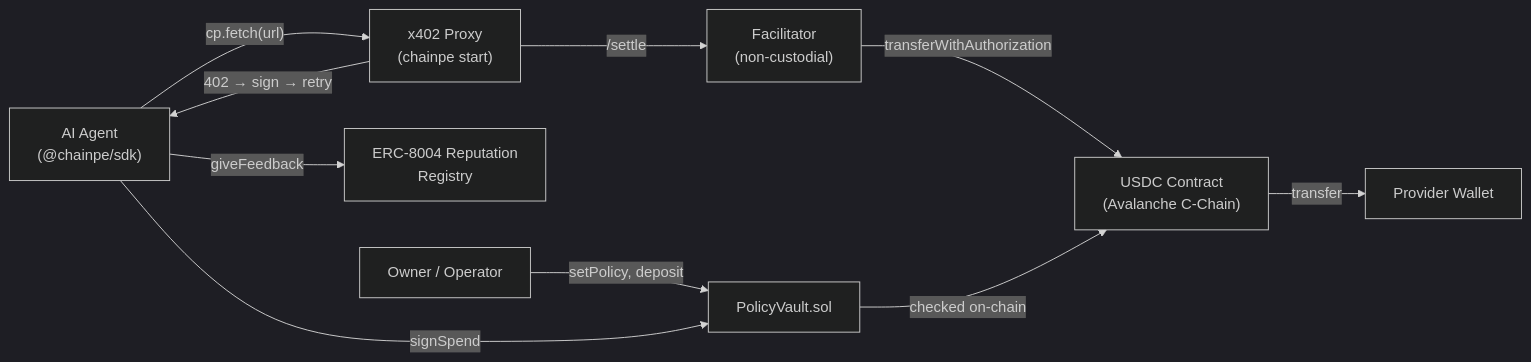
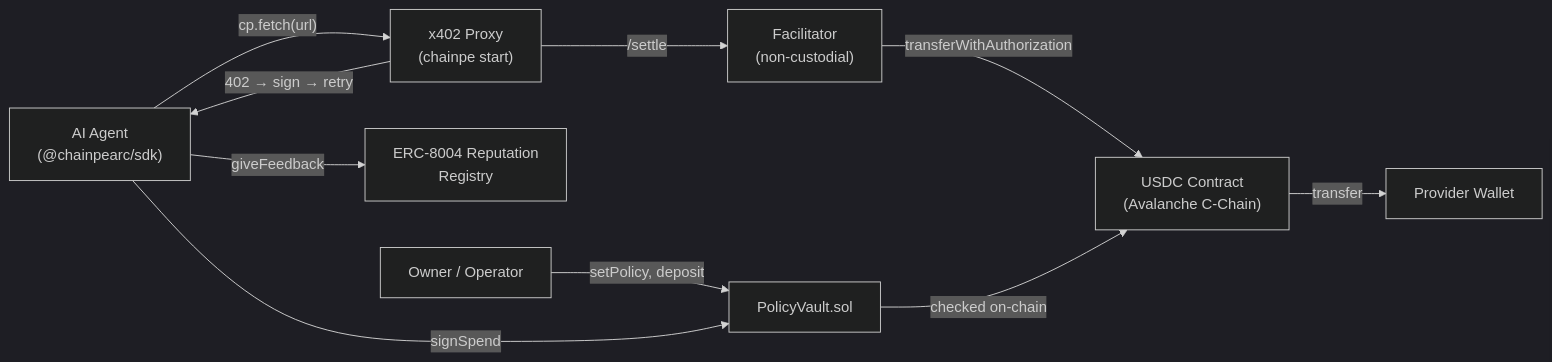
Before and after one commit to SamyaDeb/ChainPe: the diagram in apps/landing/content/docs/concepts/overview.md, drawn with Mermaid (dark theme). The commit also changed 130 other files, not shown here.

````diff
--- a/apps/landing/content/docs/concepts/overview.md
+++ b/apps/landing/content/docs/concepts/overview.md
@@ -30,12 +30,12 @@
 ```mermaid
 graph LR
-    Agent["AI Agent\n(@chainpe/sdk)"] -->|"cp.fetch(url)"| Proxy["x402 Proxy\n(chainpe start)"]
+    Agent["AI Agent\n(@chainpearc/sdk)"] -->|"cp.fetch(url)"| Proxy["x402 Proxy\n(chainpe start)"]
     Proxy -->|"402 → sign → retry"| Agent
     Proxy -->|"/settle"| Fac["Facilitator\n(non-custodial)"]
     Fac -->|"transferWithAuthorization"| USDC["USDC Contract\n(Avalanche C-Chain)"]
     USDC -->|"transfer"| Provider["Provider Wallet"]
     Agent -->|"giveFeedback"| Rep["ERC-8004 Reputation\nRegistry"]
     Owner["Owner / Operator"] -->|"setPolicy, deposit"| PV["PolicyVault.sol"]
     Agent -->|"signSpend"| PV
     PV -->|"checked on-chain"| USDC
 ```
````
